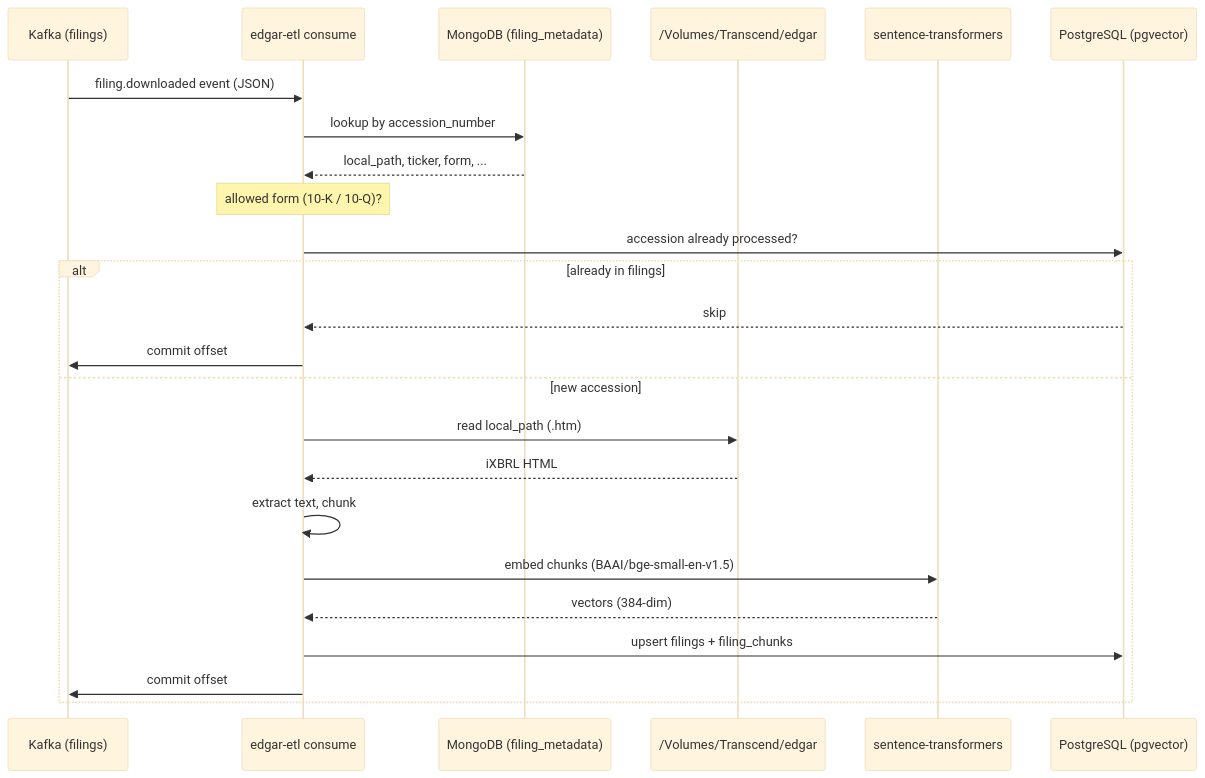
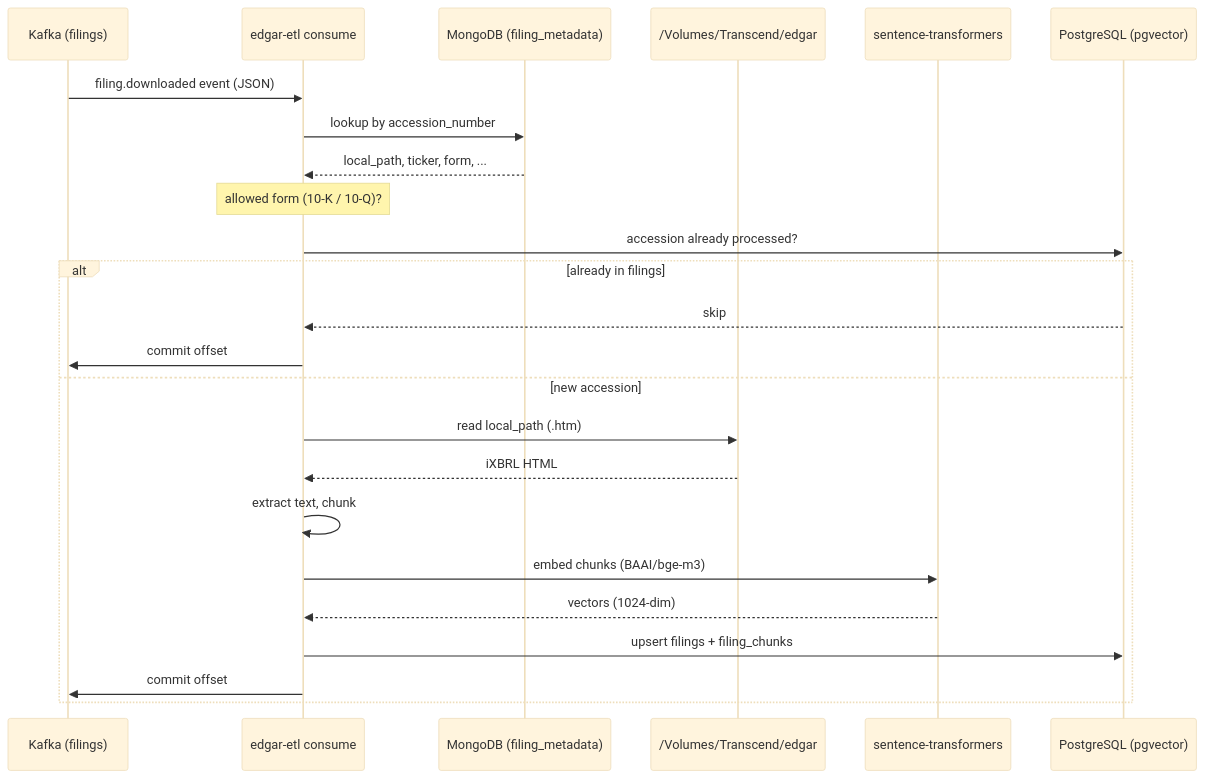
One commit to sanjuthomas/sec-edgar-filings-to-pgvector changed the first of 3 diagrams in README.md. Above: the diagram before and after it, drawn with Mermaid (base theme). The commit also changed other lines of this file and 7 other files, not shown here.

First line of the commit message:
Switch embeddings to BGE-M3 with 1024-dim pgvector schema.

````diff
--- a/README.md
+++ b/README.md
@@ -14,28 +14,28 @@
 ```mermaid
 sequenceDiagram
     participant Kafka as Kafka (filings)
     participant ETL as edgar-etl consume
     participant Mongo as MongoDB (filing_metadata)
     participant Disk as /Volumes/Transcend/edgar
     participant Model as sentence-transformers
     participant PG as PostgreSQL (pgvector)
 
     Kafka->>ETL: filing.downloaded event (JSON)
     ETL->>Mongo: lookup by accession_number
     Mongo-->>ETL: local_path, ticker, form, ...
     Note over ETL: allowed form (10-K / 10-Q)?
 
     ETL->>PG: accession already processed?
     alt already in filings
         PG-->>ETL: skip
         ETL->>Kafka: commit offset
     else new accession
         ETL->>Disk: read local_path (.htm)
         Disk-->>ETL: iXBRL HTML
         ETL->>ETL: extract text, chunk
-        ETL->>Model: embed chunks (BAAI/bge-small-en-v1.5)
-        Model-->>ETL: vectors (384-dim)
+        ETL->>Model: embed chunks (BAAI/bge-m3)
+        Model-->>ETL: vectors (1024-dim)
         ETL->>PG: upsert filings + filing_chunks
         ETL->>Kafka: commit offset
     end
 ```
````
